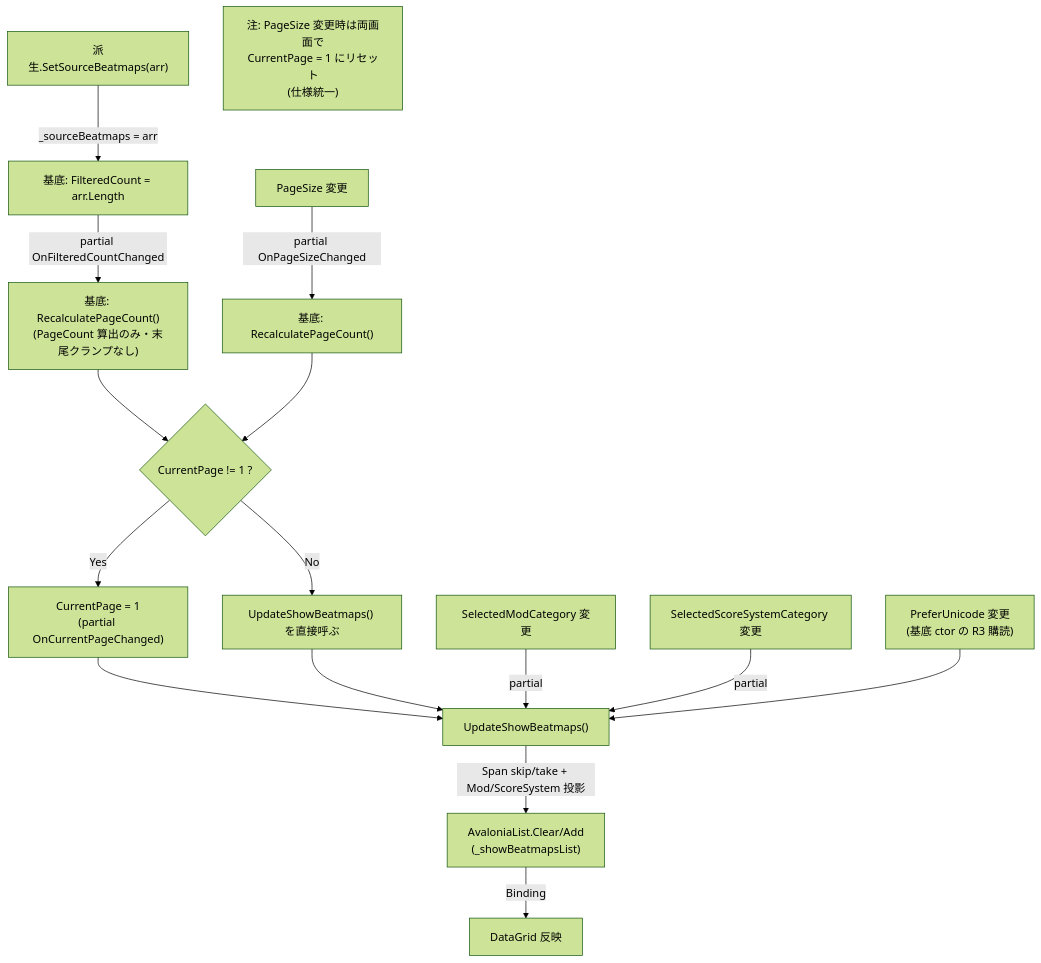
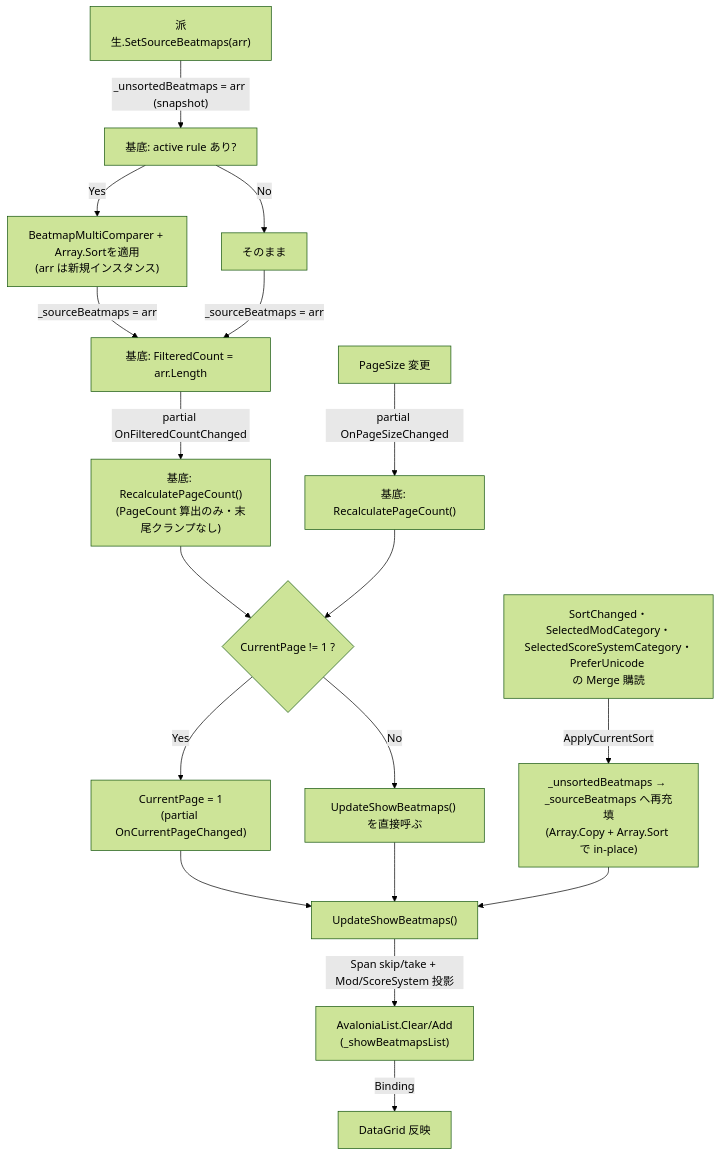
The fourth of 24 diagrams in docs/DATA_FLOW.md (rice5941/NakuruTool_Avalonia_AOT), drawn with Mermaid (forest theme) before and after one commit. The commit also changed other lines of this file and 35 other files, not shown here.

````diff
--- a/docs/DATA_FLOW.md
+++ b/docs/DATA_FLOW.md
@@ -161,20 +161,22 @@
 ```mermaid
 flowchart TD
-    DERV["派生.SetSourceBeatmaps(arr)"] -->|"_sourceBeatmaps = arr"| FC["基底: FilteredCount = arr.Length"]
+    DERV["派生.SetSourceBeatmaps(arr)"] -->|"_unsortedBeatmaps = arr (snapshot)"| SORT["基底: active rule あり?"]
+    SORT -->|Yes| MC["BeatmapMultiComparer + Array.Sortを適用\n(arr は新規インスタンス)"]
+    SORT -->|No| NOOP["そのまま"]
+    MC -->|"_sourceBeatmaps = arr"| FC["基底: FilteredCount = arr.Length"]
+    NOOP -->|"_sourceBeatmaps = arr"| FC
     FC -->|partial OnFilteredCountChanged| RPC["基底: RecalculatePageCount()<br/>(PageCount 算出のみ・末尾クランプなし)"]
     RPC --> CPCHECK{"CurrentPage != 1 ?"}
     CPCHECK -->|Yes| CPRESET["CurrentPage = 1<br/>(partial OnCurrentPageChanged)"]
     CPCHECK -->|No| DIRECT["UpdateShowBeatmaps() を直接呼ぶ"]
     CPRESET --> USB["UpdateShowBeatmaps()"]
     DIRECT --> USB
     USB -->|"Span skip/take + Mod/ScoreSystem 投影"| AL["AvaloniaList.Clear/Add<br/>(_showBeatmapsList)"]
     AL -->|Binding| DG["DataGrid 反映"]
 
     PSZ["PageSize 変更"] -->|partial OnPageSizeChanged| RPC2["基底: RecalculatePageCount()"]
     RPC2 --> CPCHECK
-    Note1["注: PageSize 変更時は両画面で<br/>CurrentPage = 1 にリセット<br/>(仕様統一)"]
 
-    MOD["SelectedModCategory 変更"] -->|partial| USB
-    SS["SelectedScoreSystemCategory 変更"] -->|partial| USB
-    PU["PreferUnicode 変更<br/>(基底 ctor の R3 購読)"] --> USB
+    SC["SortChanged・SelectedModCategory・\nSelectedScoreSystemCategory・PreferUnicode \nの Merge 購読"] -->|ApplyCurrentSort| AC["_unsortedBeatmaps → _sourceBeatmaps へ再充填\n(Array.Copy + Array.Sort で in-place)"]
+    AC --> USB
 ```
````
